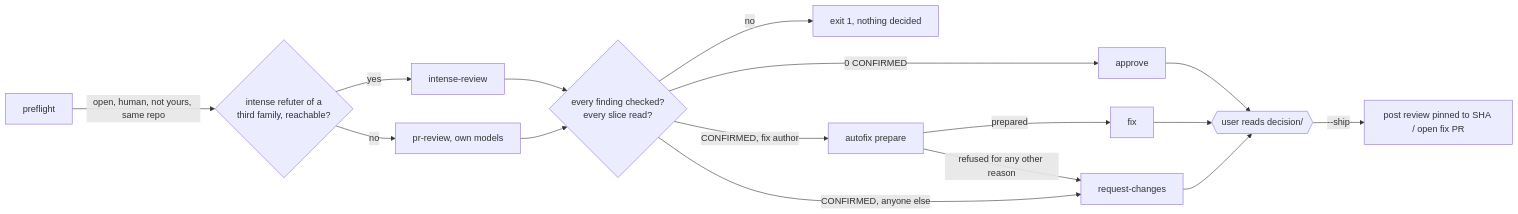
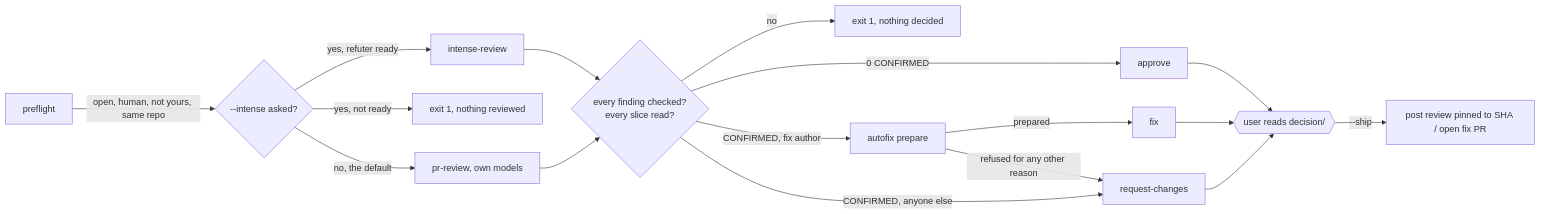
The diagram in skills/peer-review/SKILL.md (srieteja/claude-review-skills), drawn with Mermaid before and after one commit. The commit also changed other lines of this file and 6 other files, not shown here.

First line of the commit message:
peer-review: regular engine by default, intense only when asked

````diff
--- a/skills/peer-review/SKILL.md
+++ b/skills/peer-review/SKILL.md
@@ -13,16 +13,17 @@
 ```mermaid
 flowchart LR
-  A[preflight] -->|open, human, not yours, same repo| P{intense refuter of a<br/>third family, reachable?}
-  P -->|yes| I[intense-review]
-  P -->|no| R[pr-review, own models]
+  A[preflight] -->|open, human, not yours, same repo| P{--intense asked?}
+  P -->|yes, refuter ready| I[intense-review]
+  P -->|yes, not ready| X2[exit 1, nothing reviewed]
+  P -->|no, the default| R[pr-review, own models]
   I --> V{every finding checked?<br/>every slice read?}
   R --> V
   V -->|no| X[exit 1, nothing decided]
   V -->|0 CONFIRMED| AP[approve]
   V -->|CONFIRMED, fix author| F[autofix prepare]
   V -->|CONFIRMED, anyone else| RC[request-changes]
   F -->|prepared| FX[fix]
   F -->|refused for any other reason| RC
   AP & FX & RC --> H{{user reads decision/}}
   H -->|--ship| S[post review pinned to SHA / open fix PR]
 ```
````
